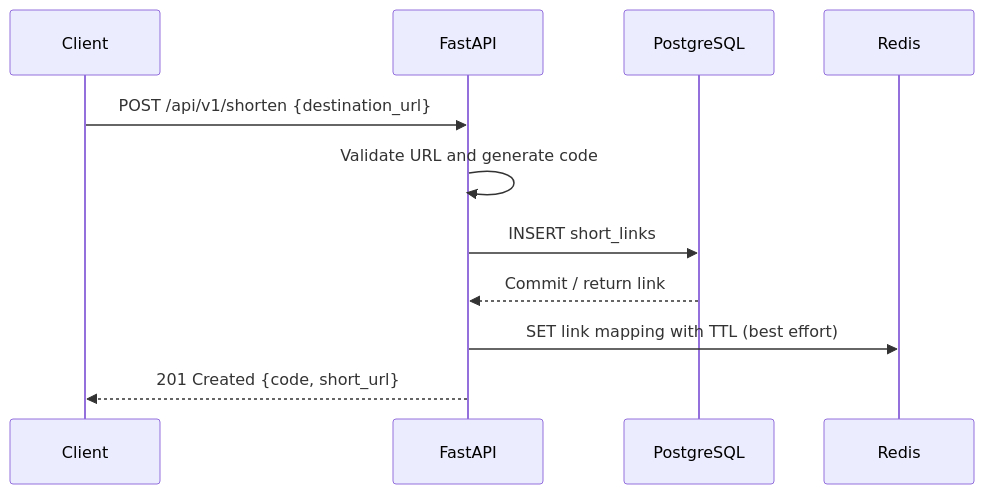
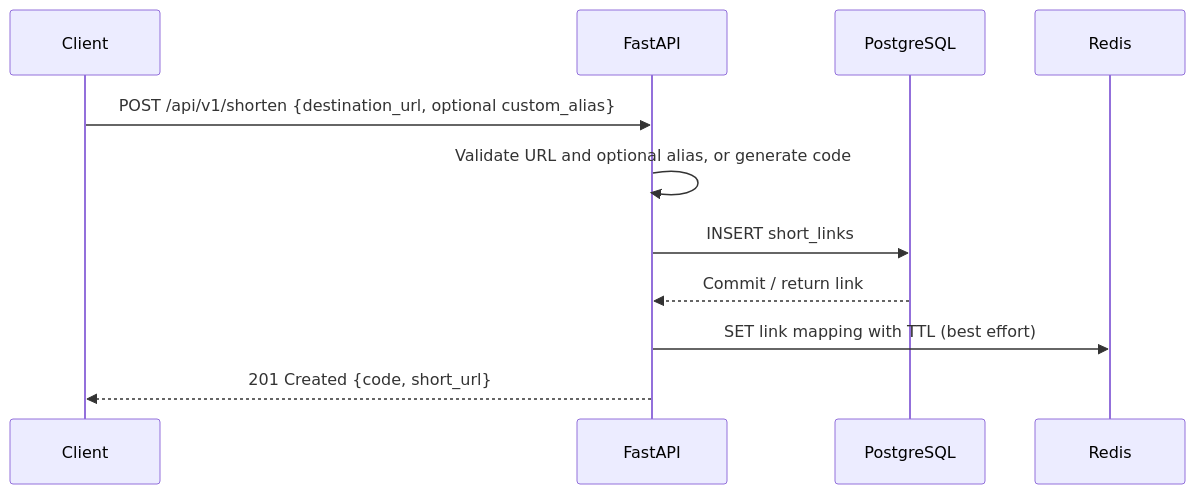
One commit to mallesh-dba/url-shortener changed the second of 3 diagrams in docs/03-engineering-design.md. Above: the diagram before and after it, drawn with Mermaid. The commit also changed other lines of this file and 25 other files, not shown here.

````diff
--- a/docs/03-engineering-design.md
+++ b/docs/03-engineering-design.md
@@ -46,13 +46,13 @@
 ```mermaid
 sequenceDiagram
     participant C as Client
     participant A as FastAPI
     participant P as PostgreSQL
     participant R as Redis
-    C->>A: POST /api/v1/shorten {destination_url}
-    A->>A: Validate URL and generate code
+    C->>A: POST /api/v1/shorten {destination_url, optional custom_alias}
+    A->>A: Validate URL and optional alias, or generate code
     A->>P: INSERT short_links
     P-->>A: Commit / return link
     A->>R: SET link mapping with TTL (best effort)
     A-->>C: 201 Created {code, short_url}
 ```
````
